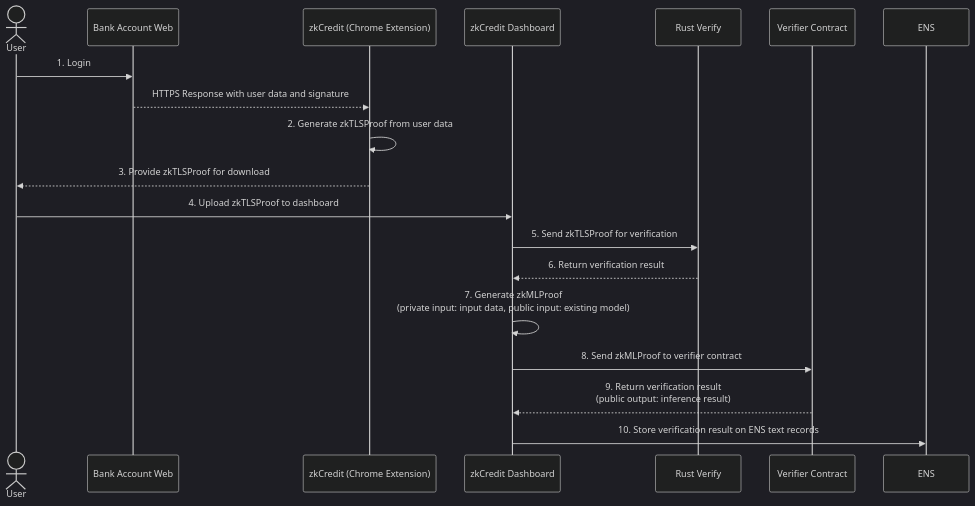
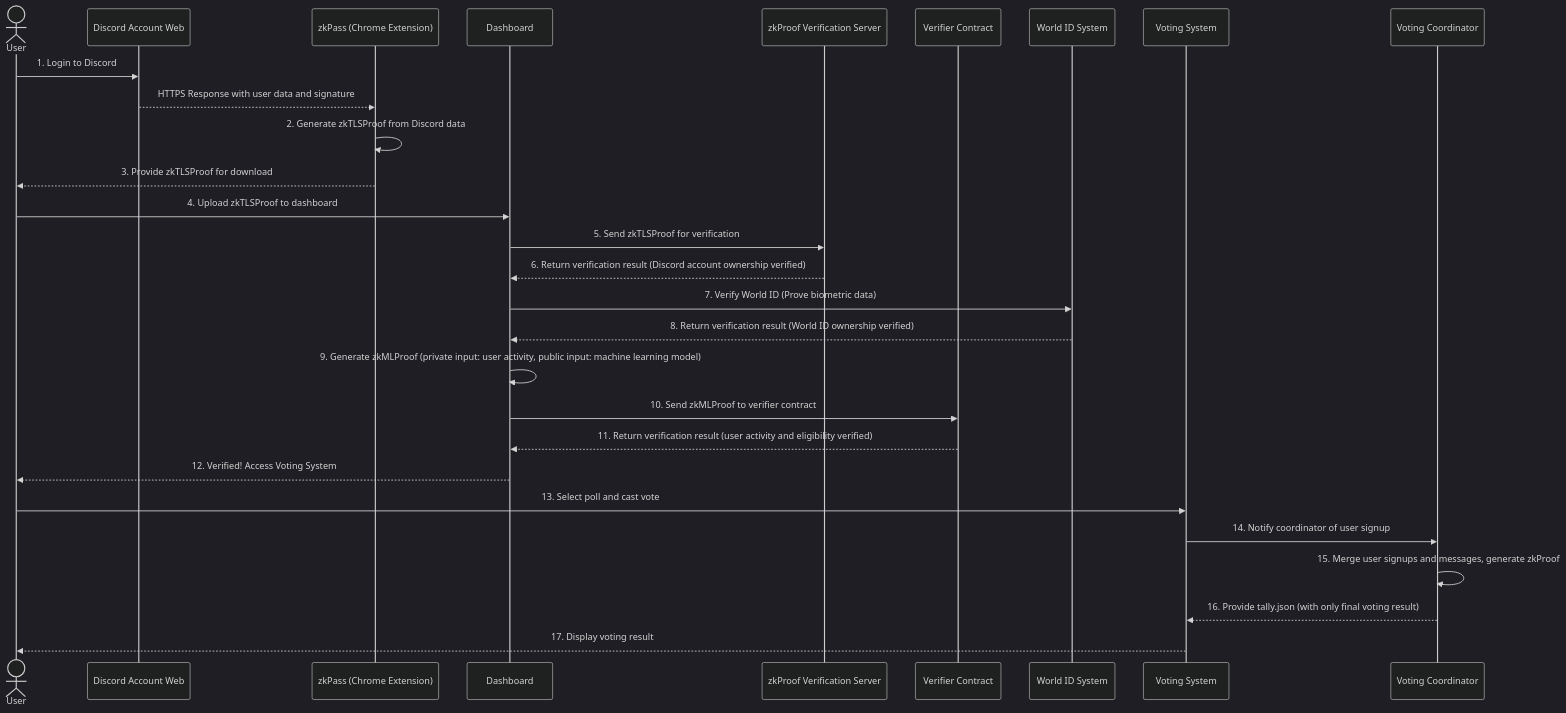
The diagram in README.md (wasabijiro/ChillVille), drawn with Mermaid (dark theme) before and after one commit.

````diff
--- a/README.md
+++ b/README.md
@@ -34,23 +34,31 @@
 ```mermaid
   sequenceDiagram
     actor User
-    participant BankWebsite as Bank Account Web
-    participant ChromeExt as zkCredit (Chrome Extension)
-    participant Frontend as zkCredit Dashboard
-    participant RustServer as Rust Verify
+    participant Discord as Discord Account Web
+    participant zkPassExt as zkPass (Chrome Extension)
+    participant Dashboard as Dashboard
+    participant zkServer as zkProof Verification Server
     participant Verifier as Verifier Contract
-    participant ENS as ENS
+    participant WorldID as World ID System
+    participant VotingSystem as Voting System
+    participant Coordinator as Voting Coordinator
 
-    User->>BankWebsite: 1. Login
-    BankWebsite-->>ChromeExt: HTTPS Response with user data and signature
-    ChromeExt->>ChromeExt: 2. Generate zkTLSProof from user data
-    ChromeExt-->>User: 3. Provide zkTLSProof for download
-    User->>Frontend: 4. Upload zkTLSProof to dashboard
-    Frontend->>RustServer: 5. Send zkTLSProof for verification
-    RustServer-->>Frontend: 6. Return verification result
-    Frontend->>Frontend: 7. Generate zkMLProof<br/>(private input: input data, public input: existing model)
-    Frontend->>Verifier: 8. Send zkMLProof to verifier contract
-    Verifier-->>Frontend: 9. Return verification result<br/>(public output: inference result)
-    Frontend->>ENS: 10. Store verification result on ENS text records
-
+    User->>Discord: 1. Login to Discord
+    Discord-->>zkPassExt: HTTPS Response with user data and signature
+    zkPassExt->>zkPassExt: 2. Generate zkTLSProof from Discord data
+    zkPassExt-->>User: 3. Provide zkTLSProof for download
+    User->>Dashboard: 4. Upload zkTLSProof to dashboard
+    Dashboard->>zkServer: 5. Send zkTLSProof for verification
+    zkServer-->>Dashboard: 6. Return verification result (Discord account ownership verified)
+    Dashboard->>WorldID: 7. Verify World ID (Prove biometric data)
+    WorldID-->>Dashboard: 8. Return verification result (World ID ownership verified)
+    Dashboard->>Dashboard: 9. Generate zkMLProof (private input: user activity, public input: machine learning model)
+    Dashboard->>Verifier: 10. Send zkMLProof to verifier contract
+    Verifier-->>Dashboard: 11. Return verification result (user activity and eligibility verified)
+    Dashboard-->>User: 12. Verified! Access Voting System
+    User->>VotingSystem: 13. Select poll and cast vote
+    VotingSystem->>Coordinator: 14. Notify coordinator of user signup
+    Coordinator->>Coordinator: 15. Merge user signups and messages, generate zkProof
+    Coordinator-->>VotingSystem: 16. Provide tally.json (with only final voting result)
+    VotingSystem-->>User: 17. Display voting result
 ```
````
